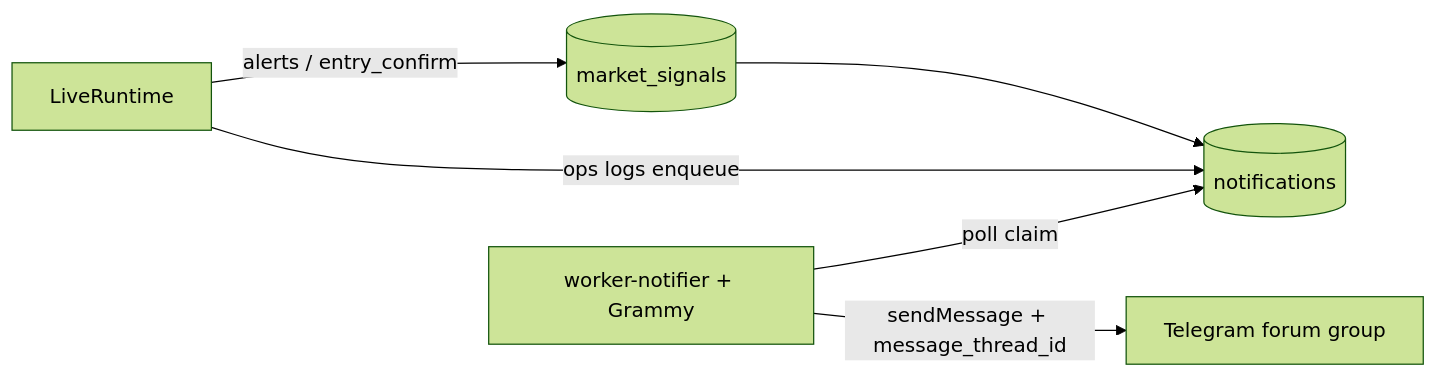
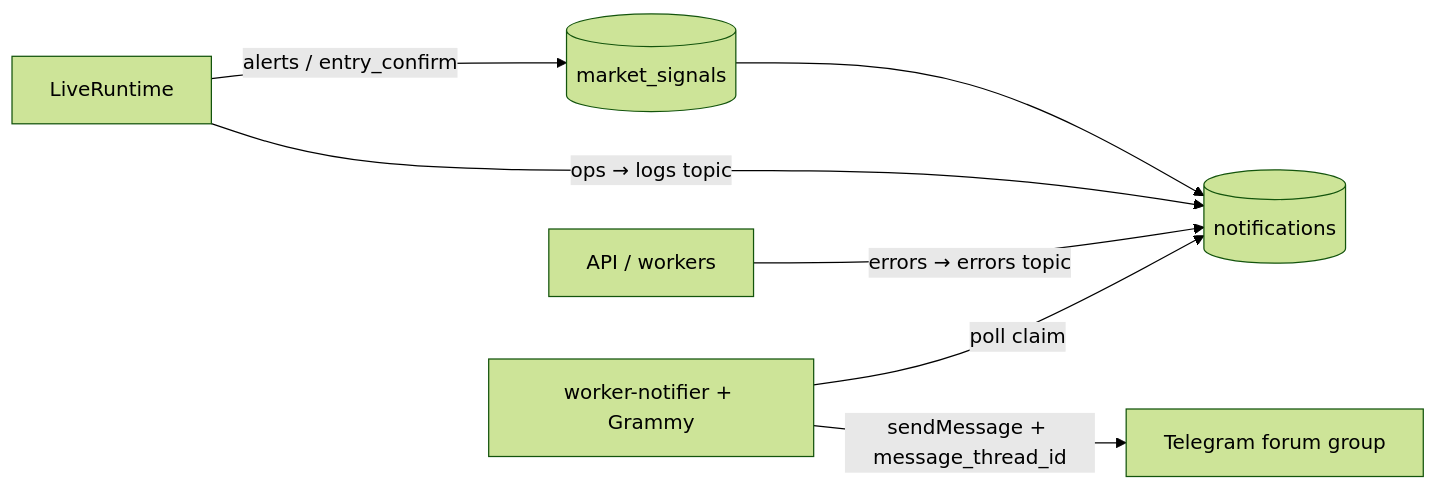
The diagram in docs/superpowers/specs/2026-11-16-telegram-grammy-live-notify-design.md (Schreibmann/benefitiarium), drawn with Mermaid (forest theme) before and after one commit. The commit also changed other lines of this file, not shown here.

First line of the commit message:
docs(spec): add TELEGRAM_TOPIC_ERRORS for platform error logs

````diff
--- a/docs/superpowers/specs/2026-11-16-telegram-grammy-live-notify-design.md
+++ b/docs/superpowers/specs/2026-11-16-telegram-grammy-live-notify-design.md
@@ -66,14 +66,16 @@
 ```mermaid
 flowchart LR
   live[LiveRuntime]
+  api[API / workers]
   ms[(market_signals)]
   nq[(notifications)]
   wn[worker-notifier + Grammy]
   tg[Telegram forum group]
 
   live -->|alerts / entry_confirm| ms
   ms --> nq
-  live -->|ops logs enqueue| nq
+  live -->|ops → logs topic| nq
+  api -->|errors → errors topic| nq
   wn -->|poll claim| nq
   wn -->|sendMessage + message_thread_id| tg
 ```
````
